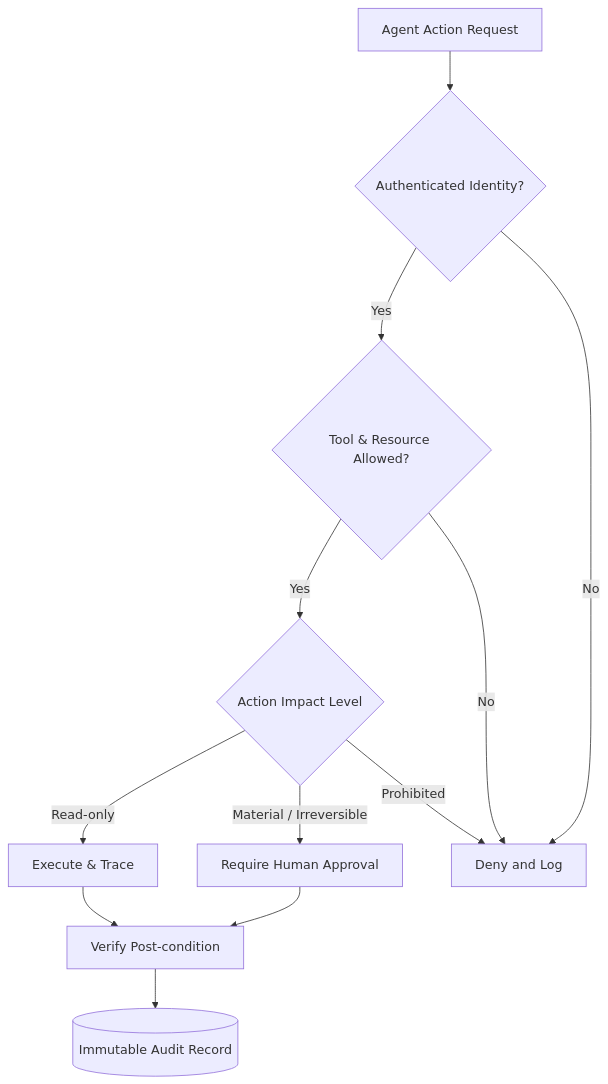
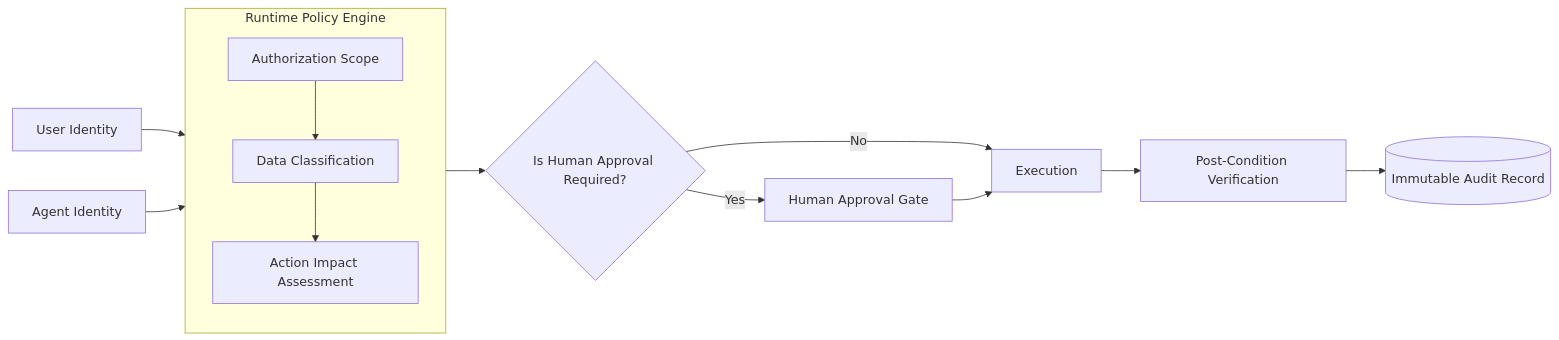
Before and after one commit to SawabS/temp: the fourth of 7 diagrams in jpmorgan_enterprise_ai_cto_brief.md, drawn with Mermaid. The commit also changed other lines of this file, not shown here.

Commit message:
docs: cinematic rewrite of CTO brief with detailed architecture and roadmap

````diff
--- a/jpmorgan_enterprise_ai_cto_brief.md
+++ b/jpmorgan_enterprise_ai_cto_brief.md
@@ -82,17 +146,19 @@
 ```mermaid
-flowchart TB
-    REQ["Agent Action Request"] --> P1{"Authenticated Identity?"}
-    P1 -->|"Yes"| P2{"Tool & Resource Allowed?"}
-    P2 -->|"Yes"| P3{"Action Impact Level"}
+flowchart LR
+    ID1["User Identity"] --> RUN
+    ID2["Agent Identity"] --> RUN
+    
+    subgraph RUN["Runtime Policy Engine"]
+        direction TB
+        SCOPE["Authorization Scope"] --> DATA["Data Classification"]
+        DATA --> IMPACT["Action Impact Assessment"]
+    end
 
-    P3 -->|"Read-only"| AUTO["Execute & Trace"]
-    P3 -->|"Material / Irreversible"| HITL["Require Human Approval"]
-    P3 -->|"Prohibited"| DENY["Deny and Log"]
-
-    P1 -->|"No"| DENY
-    P2 -->|"No"| DENY
-
-    AUTO --> VERIFY["Verify Post-condition"]
-    HITL --> VERIFY
-    VERIFY --> LEDGER[("Immutable Audit Record")]
+    RUN --> EVAL{"Is Human Approval Required?"}
+    EVAL -->|Yes| HITL["Human Approval Gate"]
+    EVAL -->|No| EXEC["Execution"]
+    
+    HITL --> EXEC
+    EXEC --> POST["Post-Condition Verification"]
+    POST --> AUDIT[("Immutable Audit Record")]
 ```
````
